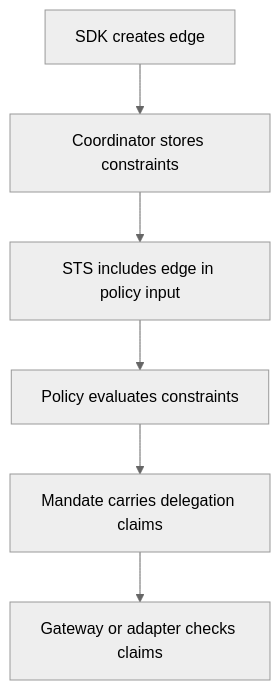
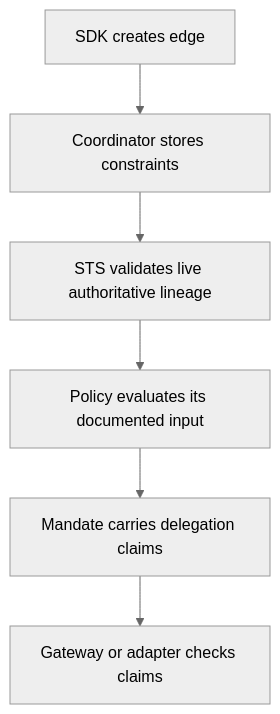
Before and after one commit to Garudex-Labs/caracal: the diagram in docs/src/content/docs/concepts/constraint.mdx, drawn with Mermaid (neutral theme). The commit also changed other lines of this file and 6 other files, not shown here.

Commit message:
docs: update API documentation for Coordinator, Event Topics, Constraints, Delegation, Policy, Sessions, and TypeScript SDK to enhance clarity and detail

````diff
--- a/docs/src/content/docs/concepts/constraint.mdx
+++ b/docs/src/content/docs/concepts/constraint.mdx
@@ -39,8 +41,8 @@
 ```mermaid
 flowchart TD
   SDK["SDK creates edge"] --> Coordinator["Coordinator stores constraints"]
-  Coordinator --> STS["STS includes edge in policy input"]
-  STS --> Policy["Policy evaluates constraints"]
+  Coordinator --> STS["STS validates live authoritative lineage"]
+  STS --> Policy["Policy evaluates its documented input"]
   Policy --> Mandate["Mandate carries delegation claims"]
   Mandate --> Adapter["Gateway or adapter checks claims"]
 ```
````
